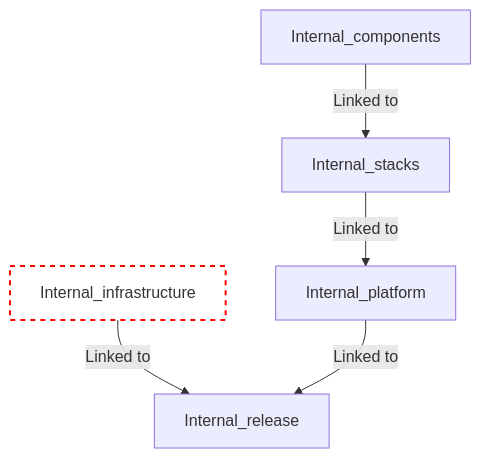
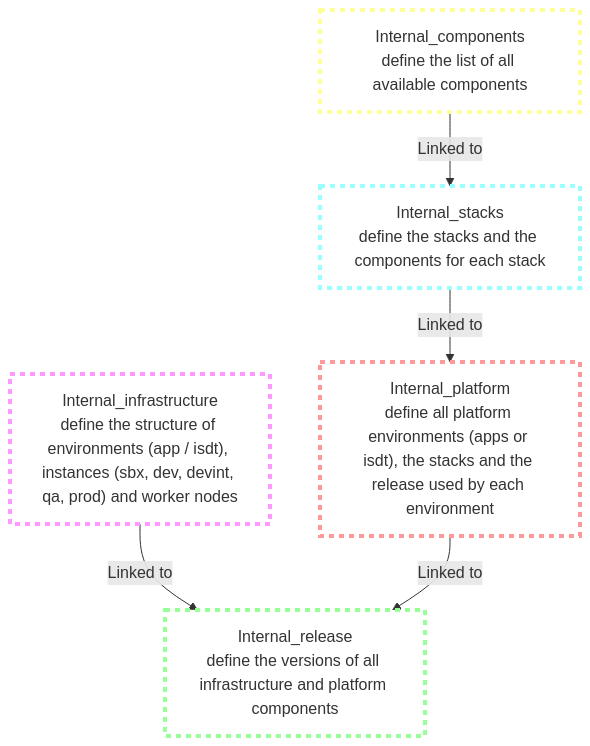
Before and after one commit to SavaiRavikiran/Monitoring_With_Prometheus-Grafana: the first of 18 diagrams in Markdown1.md, drawn with Mermaid.

````diff
--- a/Markdown1.md
+++ b/Markdown1.md
@@ -1,14 +1,13 @@
 ```mermaid
-graph TD;
-  style A fill:#fff,stroke:#f00,stroke-width:2px,stroke-dasharray: 5, 5;
-  B[Internal_release]
-  C[Internal_components]
-  D[Internal_stacks]
-  E[Internal_platform]
-  A[Internal_infrastructure]
-
-  A -->|Linked to| B
-  C -->|Linked to| D
-  D -->|Linked to| E
+graph TD
+  style A fill:#fff,stroke:#f9f,stroke-width:4px,stroke-dasharray: 5, 5
+  style B fill:#fff,stroke:#9f9,stroke-width:4px,stroke-dasharray: 5, 5
+  style C fill:#fff,stroke:#ff9,stroke-width:4px,stroke-dasharray: 5, 5
+  style D fill:#fff,stroke:#9ff,stroke-width:4px,stroke-dasharray: 5, 5
+  style E fill:#fff,stroke:#f99,stroke-width:4px,stroke-dasharray: 5, 5
+  
+  A["Internal_infrastructure<br/>define the structure of environments (app / isdt), instances (sbx, dev, devint, qa, prod) and worker nodes"] -->|Linked to| B["Internal_release<br/>define the versions of all infrastructure and platform components"]
+  C["Internal_components<br/>define the list of all available components"] -->|Linked to| D["Internal_stacks<br/>define the stacks and the components for each stack"]
+  D -->|Linked to| E["Internal_platform<br/>define all platform environments (apps or isdt), the stacks and the release used by each environment"]
   E -->|Linked to| B
 ```
````
